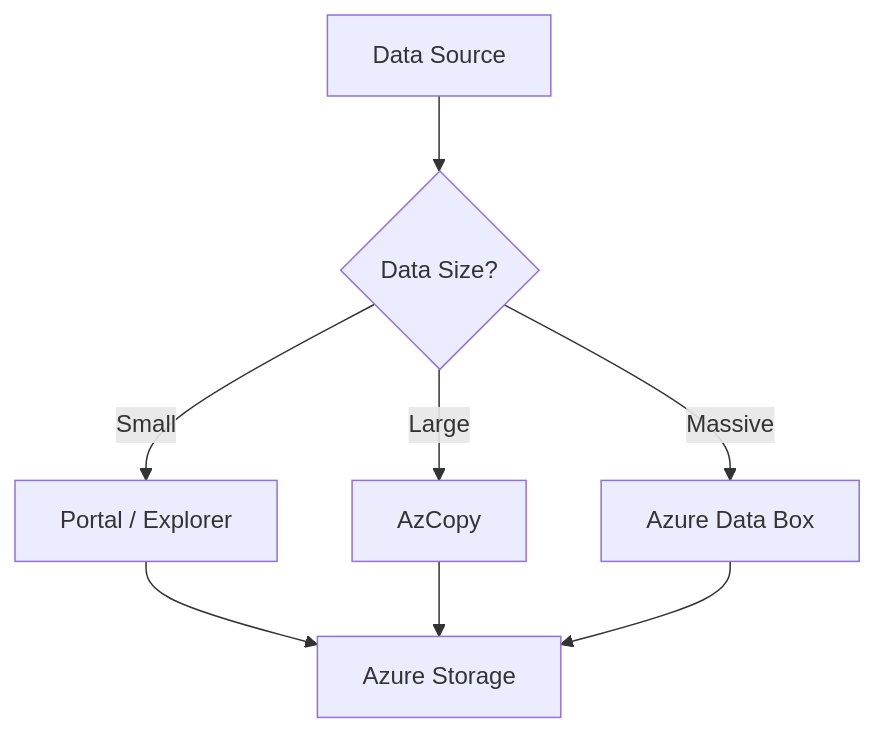
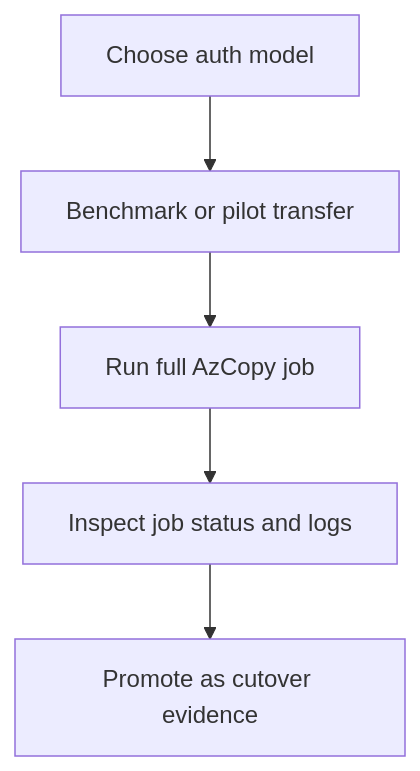
The diagram in docs/operations/azcopy-and-data-movement.md (yeongseon/azure-storage-practical-guide), drawn with Mermaid before and after one commit. The commit also changed other lines of this file and 10 other files, not shown here.

````diff
--- a/docs/operations/azcopy-and-data-movement.md
+++ b/docs/operations/azcopy-and-data-movement.md
@@ -36,10 +47,7 @@
 ```mermaid
-graph TD
-    A[Data Source] --> B{Data Size?}
-    B -->|Small| C[Portal / Explorer]
-    B -->|Large| D[AzCopy]
-    B -->|Massive| E[Azure Data Box]
-    C --> F[Azure Storage]
-    D --> F
-    E --> F
+flowchart TD
+    A[Choose auth model] --> B[Benchmark or pilot transfer]
+    B --> C[Run full AzCopy job]
+    C --> D[Inspect job status and logs]
+    D --> E[Promote as cutover evidence]
 ```
````
